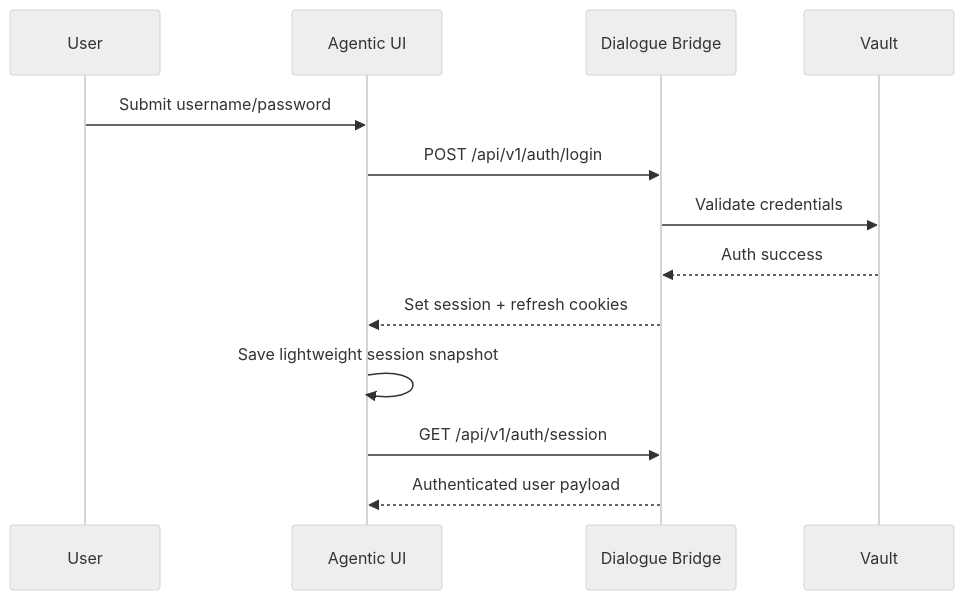
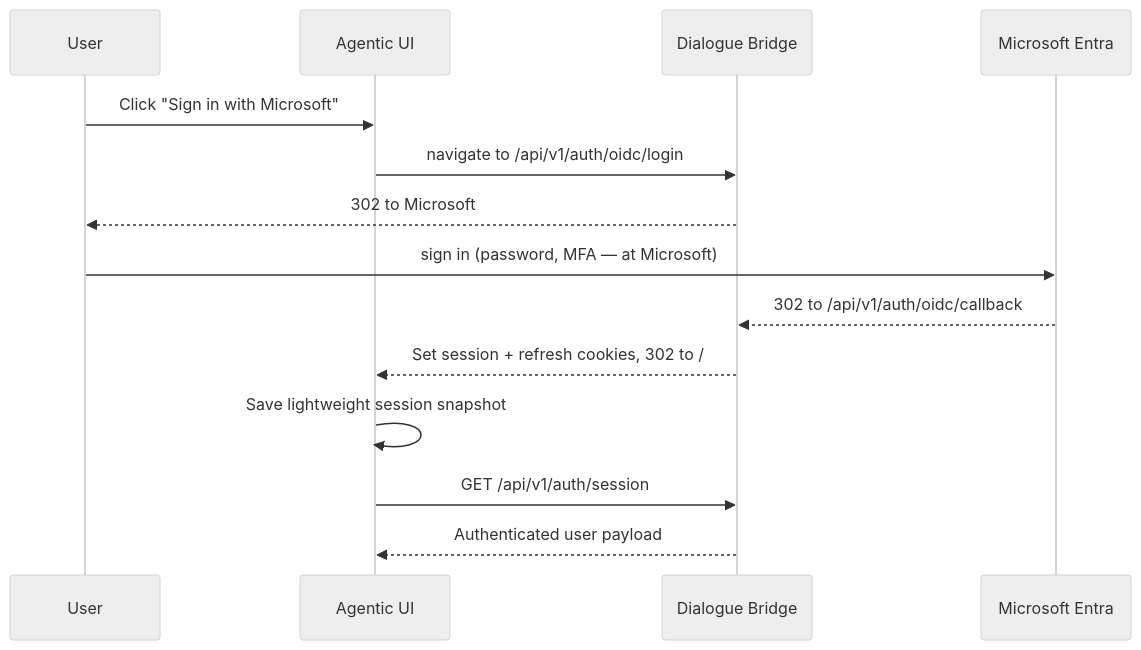
The third of 9 diagrams in magenticx/agentic_ui/README.md (konstantinosmpouros/mAgenticX), drawn with Mermaid (neutral theme) before and after one commit. The commit also changed other lines of this file and 44 other files, not shown here.

Commit message:
feat(dialogue_bridge,agentic_ui): make Microsoft Entra SSO the only login and sign session tokens with an OCI KMS HSM key instead of Vault

````diff
--- a/magenticx/agentic_ui/README.md
+++ b/magenticx/agentic_ui/README.md
@@ -118,16 +118,17 @@
 ```mermaid
 sequenceDiagram
     participant U as User
     participant UI as Agentic UI
     participant B as Dialogue Bridge
-    participant V as Vault
+    participant E as Microsoft Entra
 
-    U->>UI: Submit username/password
-    UI->>B: POST /api/v1/auth/login
-    B->>V: Validate credentials
-    V-->>B: Auth success
-    B-->>UI: Set session + refresh cookies
+    U->>UI: Click "Sign in with Microsoft"
+    UI->>B: navigate to /api/v1/auth/oidc/login
+    B-->>U: 302 to Microsoft
+    U->>E: sign in (password, MFA — at Microsoft)
+    E-->>B: 302 to /api/v1/auth/oidc/callback
+    B-->>UI: Set session + refresh cookies, 302 to /
     UI->>UI: Save lightweight session snapshot
     UI->>B: GET /api/v1/auth/session
     B-->>UI: Authenticated user payload
 ```
````
